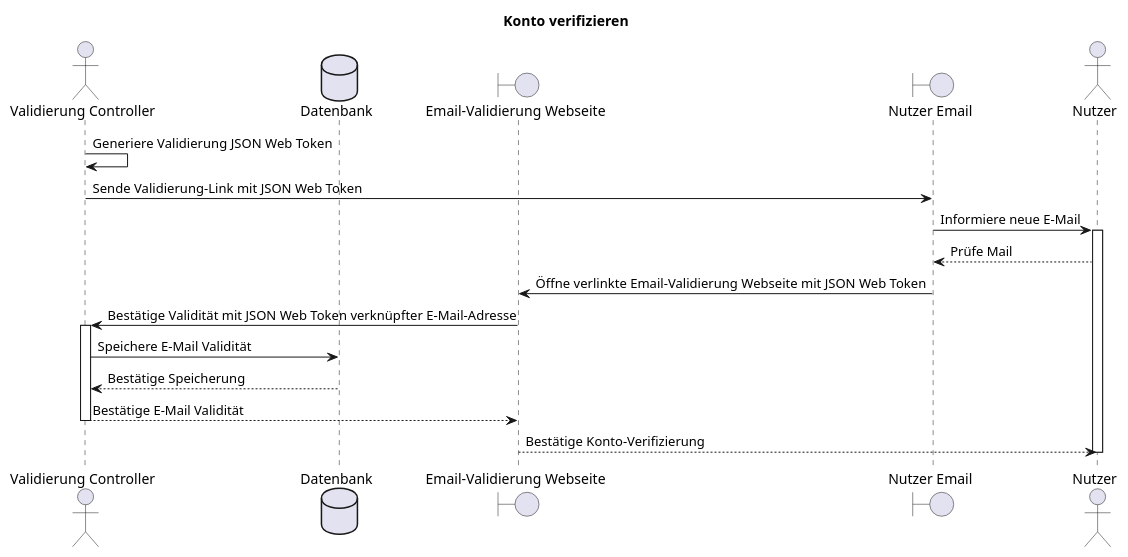
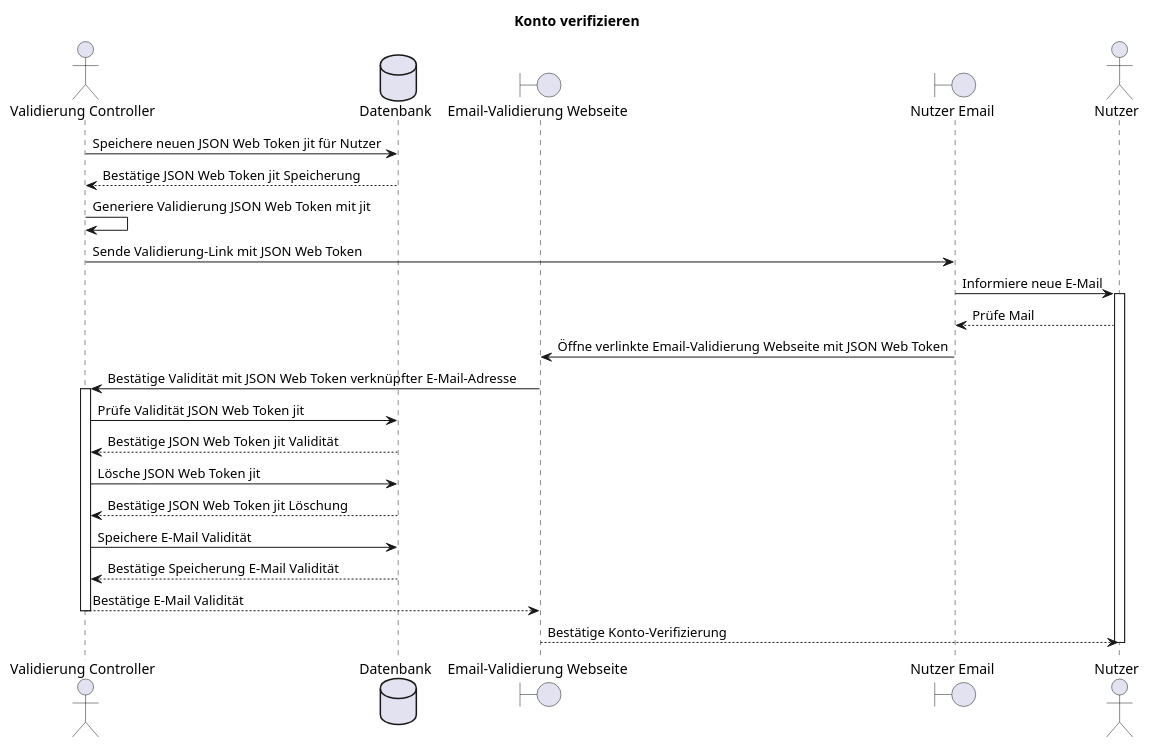
The diagram in doc/F014_kontoVerifizieren.plantuml (party-time-2/party-time), drawn with PlantUML before and after one commit. The commit also changed 1 other file, not shown here.

Commit message:
JSON Web Token jit

```diff
--- a/doc/F014_kontoVerifizieren.plantuml
+++ b/doc/F014_kontoVerifizieren.plantuml
@@ -1,29 +1,35 @@
 @startuml F014_kontoVerifizieren
 title "Konto verifizieren"
 
 actor "Validierung Controller" as controller
 database "Datenbank" as db
 boundary "Email-Validierung Webseite" as signupConfirm
 boundary "Nutzer Email" as userMail
 actor "Nutzer" as user
 
 
 'E-Mail Validierung
-controller -> controller: Generiere Validierung JSON Web Token
+controller -> db: Speichere neuen JSON Web Token jit für Nutzer
+controller <-- db: Bestätige JSON Web Token jit Speicherung
+controller -> controller: Generiere Validierung JSON Web Token mit jit
 userMail <- controller: Sende Validierung-Link mit JSON Web Token
 deactivate controller
 
 userMail -> user: Informiere neue E-Mail
 activate user
 userMail <-- user: Prüfe Mail
 userMail -> signupConfirm: Öffne verlinkte Email-Validierung Webseite mit JSON Web Token
 signupConfirm -> controller: Bestätige Validität mit JSON Web Token verknüpfter E-Mail-Adresse
 activate controller
+controller -> db: Prüfe Validität JSON Web Token jit
+controller <-- db: Bestätige JSON Web Token jit Validität
+controller -> db: Lösche JSON Web Token jit
+controller <-- db: Bestätige JSON Web Token jit Löschung
 controller -> db: Speichere E-Mail Validität
-controller <-- db: Bestätige Speicherung
+controller <-- db: Bestätige Speicherung E-Mail Validität
 signupConfirm <-- controller: Bestätige E-Mail Validität
 deactivate controller
 
 user <-- signupConfirm: Bestätige Konto-Verifizierung
 deactivate user
 @enduml
```
